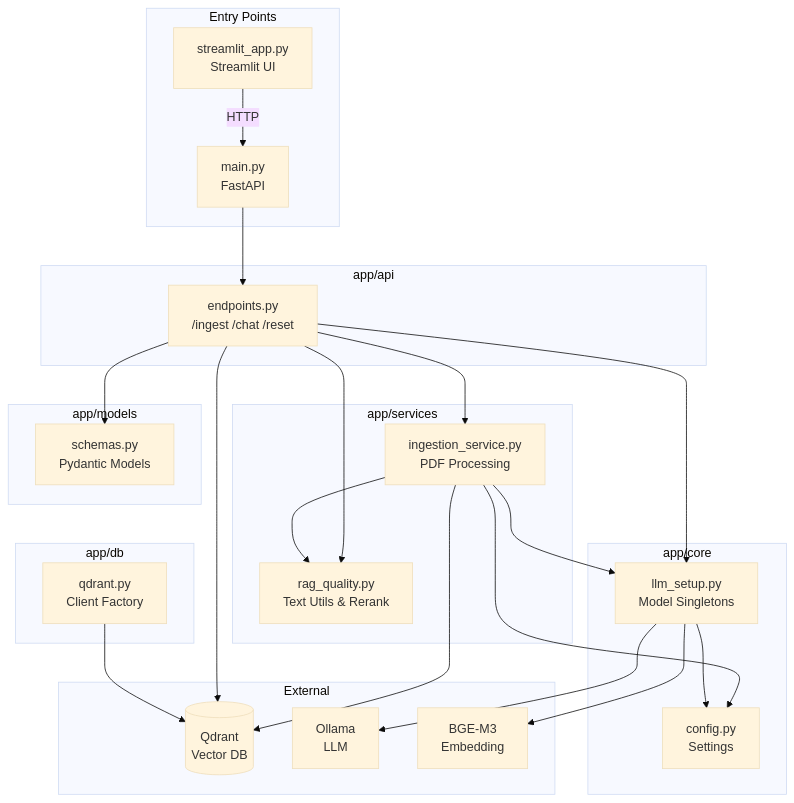
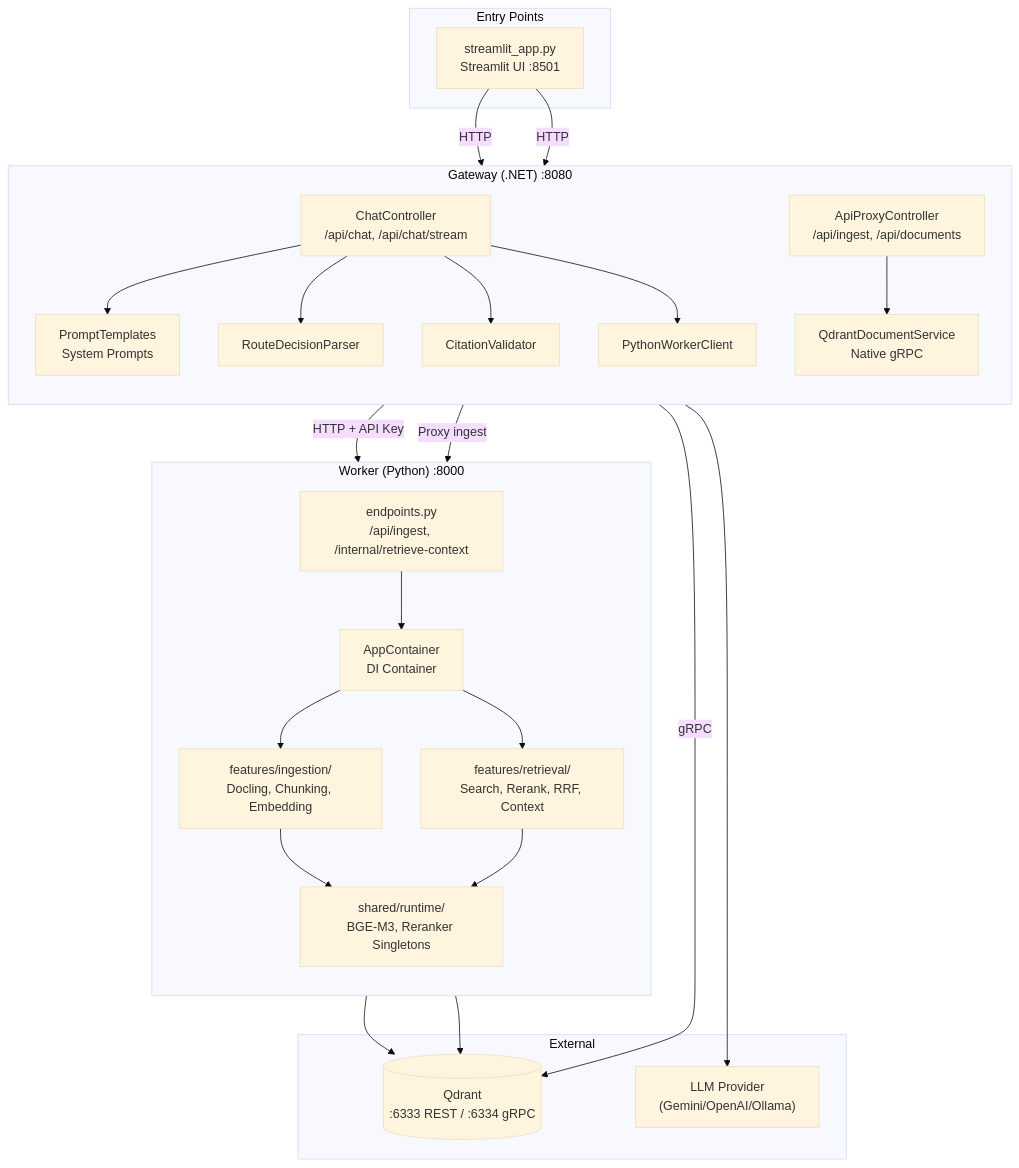
Before and after one commit to sindika-co-id/rag: the diagram in 01-Application/1.4-tur-kode-dan-arsitektur.md, drawn with Mermaid (base theme). The commit also changed other lines of this file and 6 other files, not shown here.

Commit message:
docs: udpate documentation to the newer rag system

````diff
--- a/01-Application/1.4-tur-kode-dan-arsitektur.md
+++ b/01-Application/1.4-tur-kode-dan-arsitektur.md
@@ -400,51 +331,43 @@
 ```mermaid
 flowchart TB
     subgraph "Entry Points"
-        M[main.py<br>FastAPI]
-        S[streamlit_app.py<br>Streamlit UI]
+        S["streamlit_app.py<br>Streamlit UI :8501"]
     end
-    
-    subgraph "app/api"
-        E[endpoints.py<br>/ingest /chat /reset]
+
+    subgraph "Gateway (.NET) :8080"
+        direction TB
+        CC["ChatController<br>/api/chat, /api/chat/stream"]
+        APC["ApiProxyController<br>/api/ingest, /api/documents"]
+        PT["PromptTemplates<br>System Prompts"]
+        CV["CitationValidator"]
+        RDP["RouteDecisionParser"]
+        PWC["PythonWorkerClient"]
+        QDS["QdrantDocumentService<br>Native gRPC"]
     end
-    
-    subgraph "app/core"
-        C[config.py<br>Settings]
-        L[llm_setup.py<br>Model Singletons]
+
+    subgraph "Worker (Python) :8000"
+        direction TB
+        EP["endpoints.py<br>/api/ingest, /internal/retrieve-context"]
+        CONT["AppContainer<br>DI Container"]
+        ING["features/ingestion/<br>Docling, Chunking, Embedding"]
+        RET["features/retrieval/<br>Search, Rerank, RRF, Context"]
+        RT["shared/runtime/<br>BGE-M3, Reranker Singletons"]
     end
-    
-    subgraph "app/services"
-        I[ingestion_service.py<br>PDF Processing]
-        R[rag_quality.py<br>Text Utils & Rerank]
+
+    subgraph "External"
+        QD[("Qdrant<br>:6333 REST / :6334 gRPC")]
+        LLM["LLM Provider<br>(Gemini/OpenAI/Ollama)"]
     end
-    
-    subgraph "app/models"
-        SC[schemas.py<br>Pydantic Models]
-    end
-    
-    subgraph "app/db"
-        Q[qdrant.py<br>Client Factory]
-    end
-    
-    subgraph "External"
-        QD[(Qdrant<br>Vector DB)]
-        OL[Ollama<br>LLM]
-        BG[BGE-M3<br>Embedding]
-    end
-    
-    S -->|HTTP| M
-    M --> E
-    E --> I
-    E --> R
-    E --> L
-    E --> SC
-    I --> R
-    I --> L
-    I --> C
-    L --> C
-    L --> BG
-    L --> OL
-    I --> QD
-    E --> QD
-    Q --> QD
+
+    S -->|HTTP| CC & APC
+    CC --> PT & RDP & CV
+    CC --> PWC -->|HTTP + API Key| EP
+    APC -->|Proxy ingest| EP
+    APC --> QDS
+    EP --> CONT --> ING & RET
+    ING & RET --> RT
+    ING --> QD
+    RET --> QD
+    QDS -->|gRPC| QD
+    CC --> LLM
 ```
````
